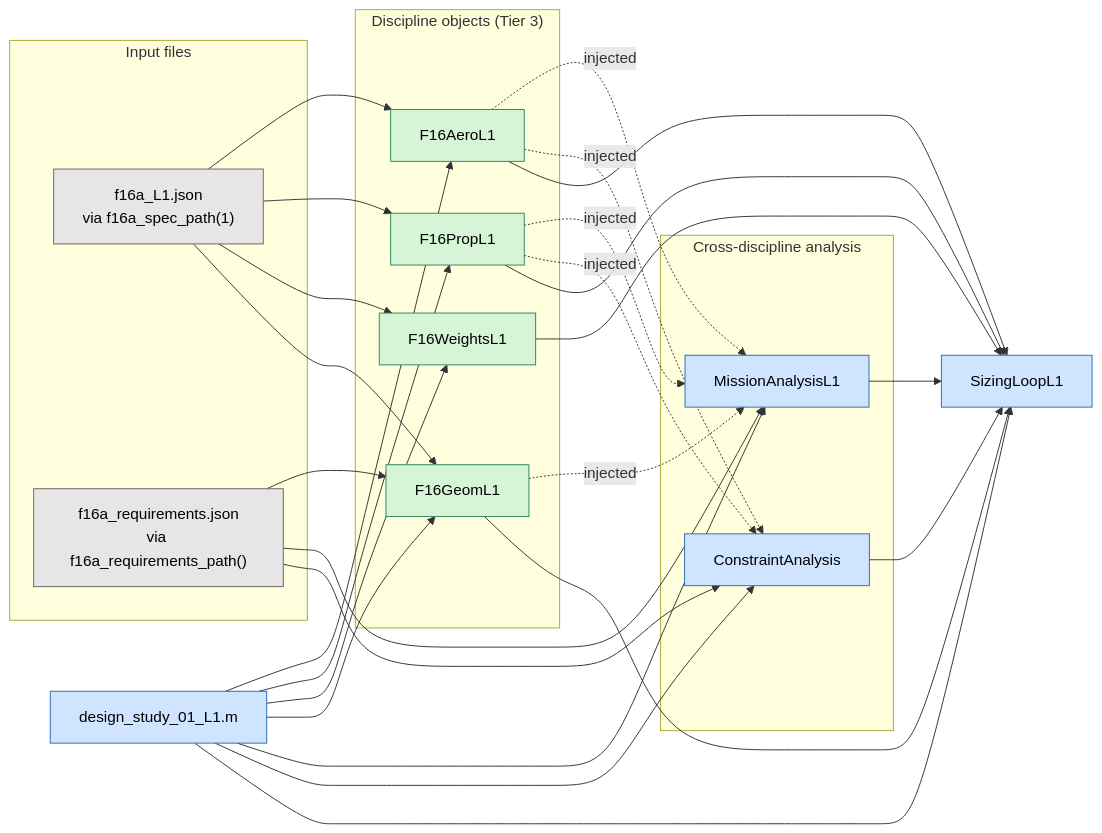
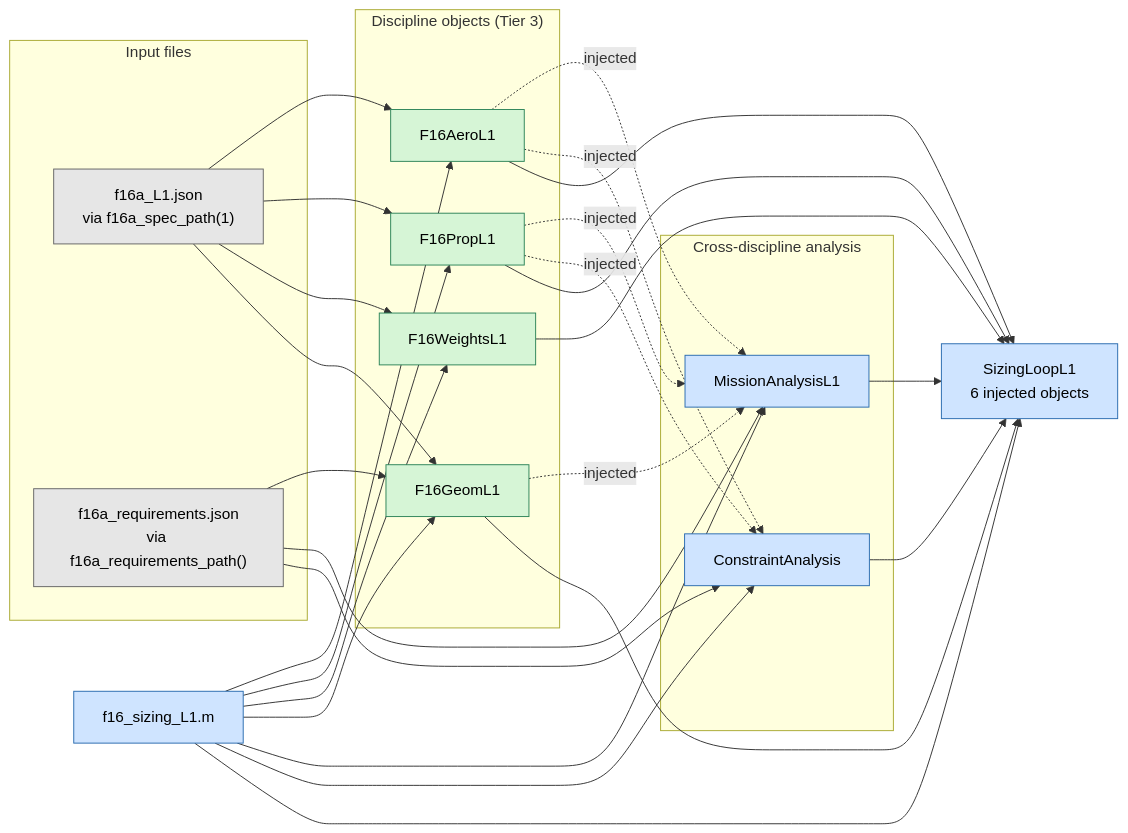
One commit to Idopt-Lab/air-vehicle-design changed the first of 12 diagrams in air_vehicle_design/sizing/docs/Mermaid_Diagrams/sizing_loop_dependency_diagrams.md. Above: the diagram before and after it, drawn with Mermaid. The commit also changed other lines of this file, not shown here.

First line of the commit message:
docs: rewrite the stale sizing-loop dependency diagrams

````diff
--- a/air_vehicle_design/sizing/docs/Mermaid_Diagrams/sizing_loop_dependency_diagrams.md
+++ b/air_vehicle_design/sizing/docs/Mermaid_Diagrams/sizing_loop_dependency_diagrams.md
@@ -64,59 +46,59 @@
 ```mermaid
 flowchart LR
     subgraph DATA["Input files"]
         SPEC1["f16a_L1.json<br/>via f16a_spec_path(1)"]
         REQ["f16a_requirements.json<br/>via f16a_requirements_path()"]
     end
 
-    STUDY["design_study_01_L1.m"]
+    STUDY["f16_sizing_L1.m"]
 
     subgraph DISC["Discipline objects (Tier 3)"]
         AERO["F16AeroL1"]
         PROP["F16PropL1"]
         WTS["F16WeightsL1"]
         GEOM["F16GeomL1"]
     end
 
     subgraph ANALYSIS["Cross-discipline analysis"]
         MISS["MissionAnalysisL1"]
         CON["ConstraintAnalysis"]
     end
 
-    LOOP["SizingLoopL1"]
+    LOOP["SizingLoopL1<br/>6 injected objects"]
 
     STUDY --> AERO
     STUDY --> PROP
     STUDY --> WTS
     STUDY --> GEOM
     STUDY --> MISS
     STUDY --> CON
     STUDY --> LOOP
 
     SPEC1 --> AERO
     SPEC1 --> PROP
     SPEC1 --> WTS
     SPEC1 --> GEOM
     REQ --> GEOM
     REQ --> MISS
     REQ --> CON
 
     AERO -. injected .-> MISS
     PROP -. injected .-> MISS
     GEOM -. injected .-> MISS
     AERO -. injected .-> CON
     PROP -. injected .-> CON
 
     AERO --> LOOP
     PROP --> LOOP
     WTS --> LOOP
     GEOM --> LOOP
     MISS --> LOOP
     CON --> LOOP
 
     classDef orch fill:#cfe4ff,stroke:#2b6cb0,color:#000
     classDef disc fill:#d6f5d6,stroke:#2f855a,color:#000
     classDef data fill:#e6e6e6,stroke:#666,color:#000
     class LOOP,MISS,CON,STUDY orch
     class AERO,PROP,WTS,GEOM disc
     class SPEC1,REQ data
 ```
````
